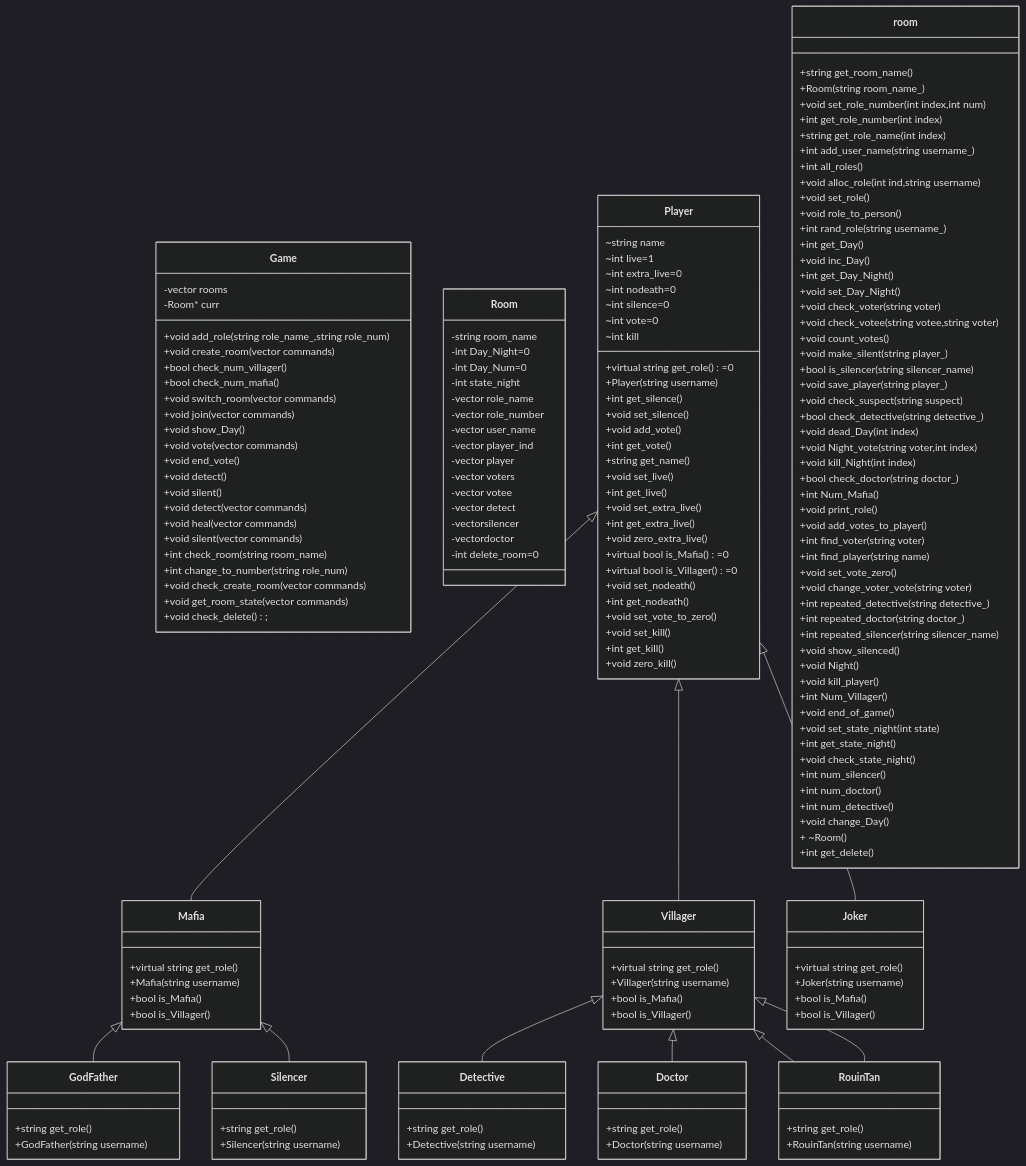
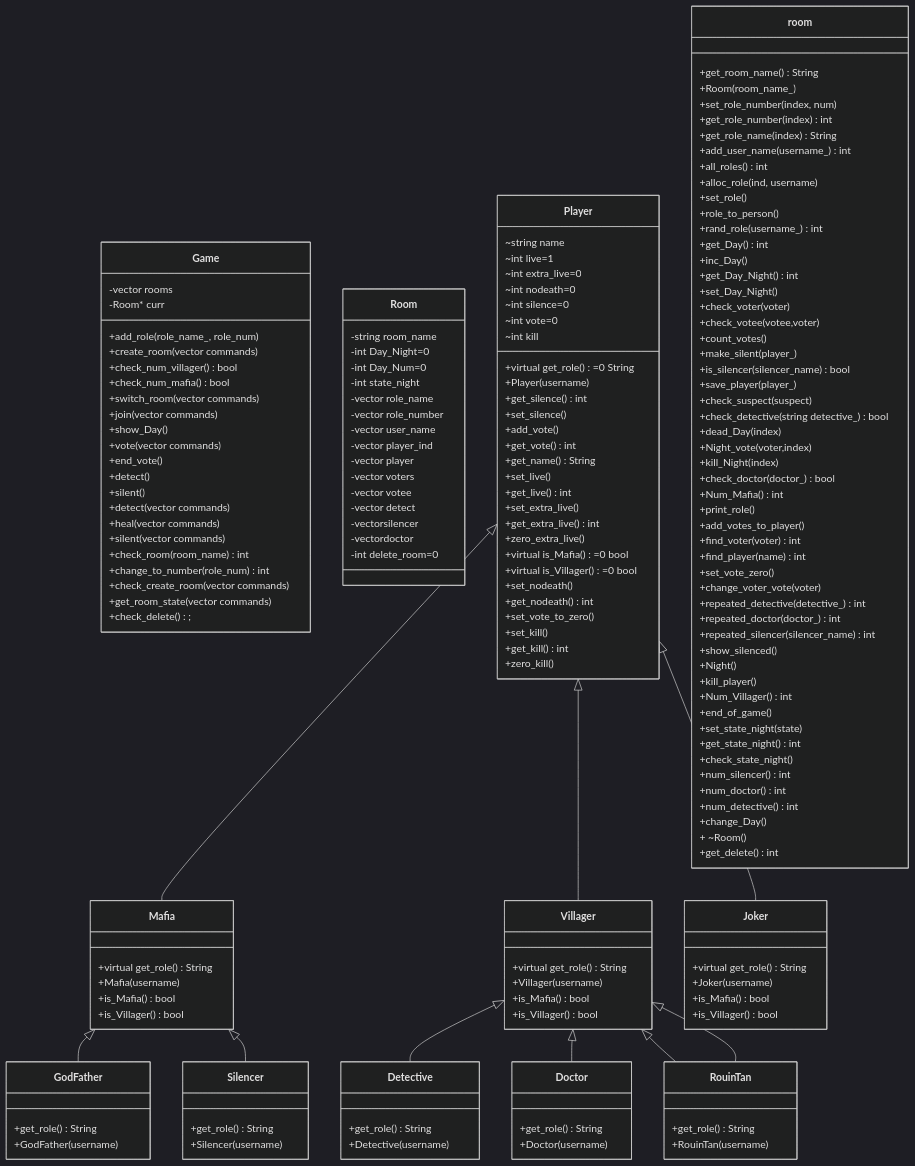
The diagram in README.md (NeginAz/mafia_game), drawn with Mermaid (dark theme) before and after one commit.

````diff
--- a/README.md
+++ b/README.md
@@ -57,122 +57,122 @@
       Player <|-- Villager
 
 class Villager{
-      +virtual string get_role()
-      +Villager(string username)
-      +bool is_Mafia()
-      +bool is_Villager()
+      +virtual get_role() String
+      +Villager(username)
+      +is_Mafia() bool
+      +is_Villager() bool
 }
 
 
 class Silencer{
-      +string get_role()
-      +Silencer(string username)
+      +get_role() String
+      +Silencer(username)
 }
 
 class RouinTan{
-      +string get_role()
-      +RouinTan(string username)
+      +get_role() String
+      +RouinTan(username)
 }
 
 class Mafia{
-      +virtual string get_role()
-      +Mafia(string username)
-      +bool is_Mafia()
-      +bool is_Villager()
+      +virtual get_role() String
+      +Mafia(username)
+      +is_Mafia() bool
+      +is_Villager() bool
 }
 
 class Detective{
-      +string get_role()
-      +Detective(string username)
+      +get_role() String
+      +Detective(username)
 }
 class GodFather{
-      +string get_role()
-      +GodFather(string username)
+      +get_role() String
+      +GodFather(username)
 }
 class Doctor{
-      +string get_role()
-      +Doctor (string username)
+      +get_role() String
+      +Doctor (username)
 }
 
 class Joker{
-      +virtual string get_role()
-      +Joker (string username)
-      +bool is_Mafia()
-      +bool is_Villager()
+      +virtual get_role() String
+      +Joker (username)
+      +is_Mafia() bool
+      +is_Villager() bool
 }      
 class Game{
-      +void  add_role(string role_name_,string role_num)
-      +void create_room(vector <string> commands)
-      +bool check_num_villager()
-      +bool check_num_mafia()
-      +void switch_room(vector <string> commands)
-      +void join(vector <string> commands)
-      +void show_Day()
-      +void vote(vector <string> commands)
-      +void  end_vote()
-      +void detect()
-      +void silent()
-      +void detect(vector <string> commands)
-      +void heal(vector <string> commands)
-      +void  silent(vector <string> commands)
-      +int check_room(string room_name)
-      +int change_to_number(string role_num)
-      +void check_create_room(vector <string> commands)
-      +void get_room_state(vector <string> commands)
-      +void check_delete();
+      +add_role(role_name_, role_num)
+      +create_room(vector <string> commands)
+      +check_num_villager() bool
+      +check_num_mafia() bool
+      +switch_room(vector <string> commands)
+      +join(vector <string> commands)
+      +show_Day()
+      +vote(vector <string> commands)
+      +end_vote()
+      +detect()
+      +silent()
+      +detect(vector <string> commands)
+      +heal(vector <string> commands)
+      +silent(vector <string> commands)
+      +check_room(room_name) int
+      +change_to_number(role_num) int
+      +check_create_room(vector <string> commands)
+      +get_room_state(vector <string> commands)
+      +check_delete();
 }
 class room{
-        +string get_room_name()
-        +Room(string room_name_)
-        +void set_role_number(int index,int num)
-        +int get_role_number(int index)
-        +string get_role_name(int index)
-        +int add_user_name(string username_)
-        +int all_roles()
-        +void alloc_role(int ind,string username)
-        +void set_role()
-        +void role_to_person()
-        +int rand_role(string username_)
-        +int get_Day()
-        +void  inc_Day()
-        +int get_Day_Night()
-        +void set_Day_Night()
-        +void check_voter(string voter)
-        +void check_votee(string votee,string voter)
-        +void count_votes()
-        +void make_silent(string player_)
-        +bool is_silencer(string silencer_name)
-        +void save_player(string player_)
-        +void check_suspect(string suspect)
-        +bool check_detective(string detective_)
-        +void dead_Day(int index)
-        +void Night_vote(string voter,int index)
-        +void kill_Night(int index)
-        +bool check_doctor(string doctor_)
-        +int Num_Mafia()
-        +void print_role()
-        +void add_votes_to_player()
-        +int find_voter(string voter)
-        +int find_player(string name)
-        +void set_vote_zero()
-        +void change_voter_vote(string voter)
-        +int repeated_detective(string detective_)
-        +int repeated_doctor(string doctor_)
-        +int repeated_silencer(string silencer_name)
-        +void show_silenced()
-        +void Night()
-        +void kill_player()
-        +int Num_Villager()
-        +void end_of_game()
-        +void set_state_night(int state)
-        +int get_state_night()
-        +void check_state_night()
-        +int num_silencer()
-        +int num_doctor()
-        +int num_detective()
-        +void change_Day()
+        +get_room_name() String
+        +Room(room_name_)
+        +set_role_number(index, num)
+        +get_role_number(index) int
+        +get_role_name(index) String
+        +add_user_name(username_) int
+        +all_roles() int
+        +alloc_role(ind, username)
+        +set_role()
+        +role_to_person()
+        +rand_role(username_) int
+        +get_Day() int
+        +inc_Day()
+        +get_Day_Night() int
+        +set_Day_Night()
+        +check_voter(voter)
+        +check_votee(votee,voter)
+        +count_votes()
+        +make_silent(player_)
+        +is_silencer(silencer_name) bool
+        +save_player(player_)
+        +check_suspect(suspect)
+        +check_detective(string detective_) bool 
+        +dead_Day(index)
+        +Night_vote(voter,index)
+        +kill_Night(index) 
+        +check_doctor(doctor_) bool
+        +Num_Mafia() int
+        +print_role()
+        +add_votes_to_player()
+        +find_voter(voter) int
+        +find_player(name) int
+        +set_vote_zero()
+        +change_voter_vote(voter)
+        +repeated_detective(detective_) int
+        +repeated_doctor(doctor_) int
+        +repeated_silencer(silencer_name) int
+        +show_silenced()
+        +Night()
+        +kill_player()
+        +Num_Villager() int
+        +end_of_game()
+        +set_state_night(state)
+        +get_state_night() int
+        +check_state_night()
+        +num_silencer() int
+        +num_doctor() int
+        +num_detective() int
+        +change_Day()
         + ~Room()
-        +int get_delete()
+        +get_delete() int
 }
 
 
@@ -180,26 +180,26 @@
 
 
 class Player{
-  +virtual string get_role()=0
-  +Player(string username)
-  +int get_silence()
-  +void set_silence()
-  +void add_vote()
-  +int get_vote()
-  +string get_name()
-  +void set_live()
-  +int get_live()
-  +void set_extra_live()
-  +int get_extra_live()
-  +void zero_extra_live()
-  +virtual bool is_Mafia()=0
-  +virtual bool is_Villager()=0 
-  +void set_nodeath()
-  +int get_nodeath()
-  +void set_vote_to_zero()
-  +void set_kill()
-  +int get_kill()
-  +void zero_kill()
+  +virtual get_role()=0 String
+  +Player(username)
+  +get_silence() int
+  +set_silence()
+  +add_vote()
+  +get_vote() int
+  +get_name() String
+  +set_live()
+  +get_live() int
+  +set_extra_live()
+  +get_extra_live() int
+  +zero_extra_live()
+  +virtual is_Mafia()=0 bool
+  +virtual is_Villager()=0 bool
+  +set_nodeath()
+  +get_nodeath() int
+  +set_vote_to_zero()
+  +set_kill()
+  +get_kill() int
+  +zero_kill()
 }
 
 ```
````
